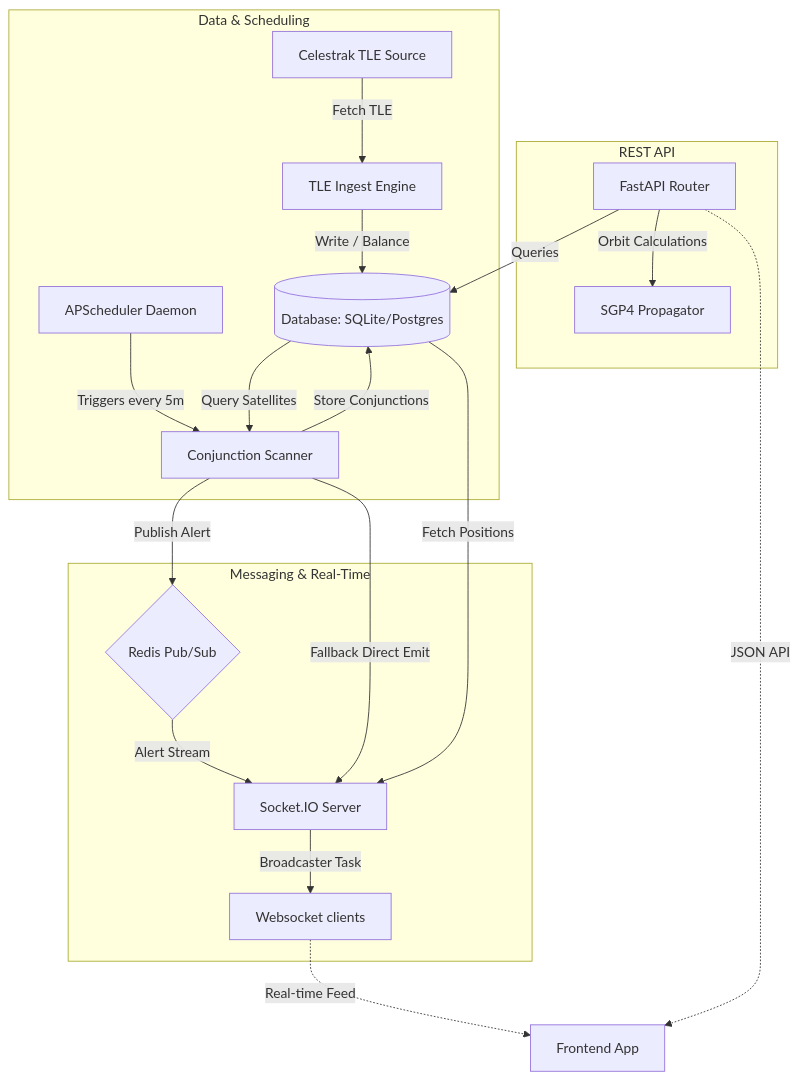
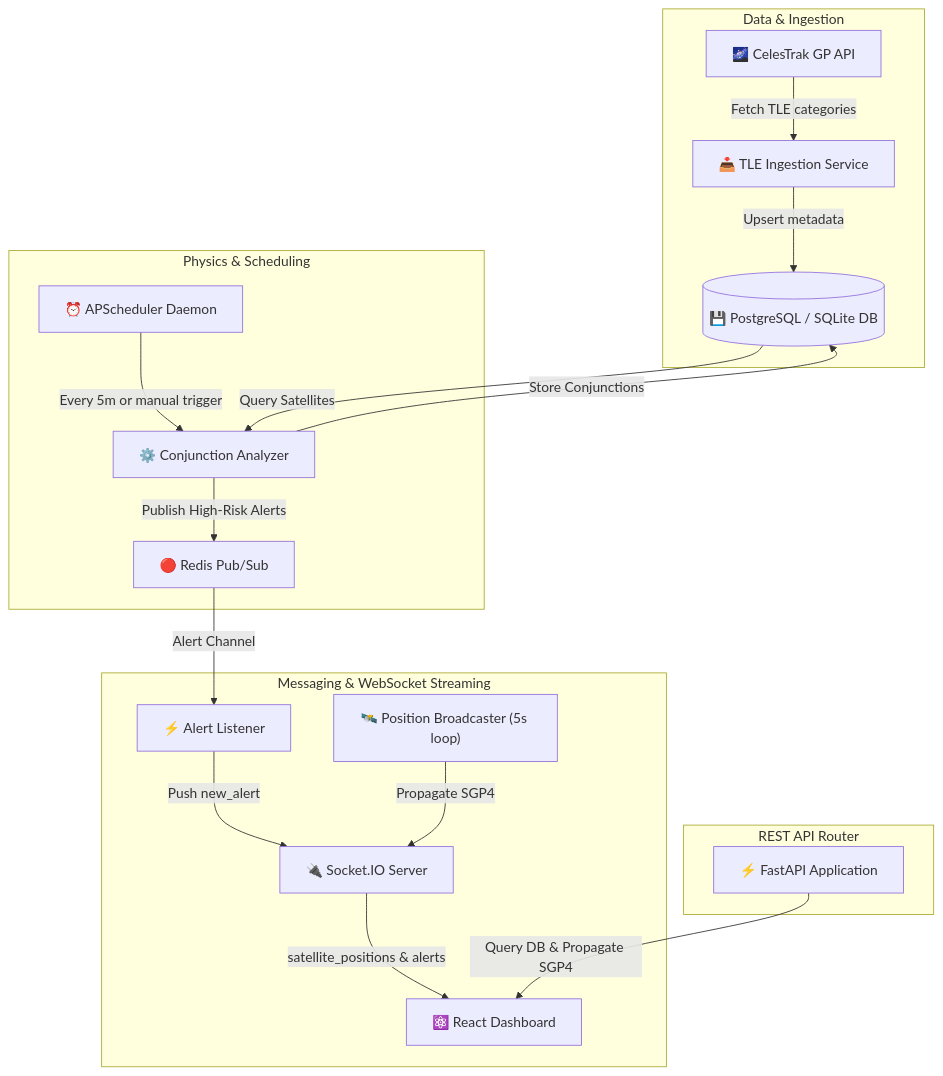
Before and after one commit to parthnarkar/OrbitalWatch: the diagram in backend/README.md, drawn with Mermaid. The commit also changed other lines of this file and 40 other files, not shown here.

Commit message:
feat: implement full-stack application architecture including API configuration, responsive mobile navigation, and base testing suite

````diff
--- a/backend/README.md
+++ b/backend/README.md
@@ -9,26 +9,25 @@
 ```mermaid
-graph TD
-    subgraph Data & Scheduling
-        C[Celestrak TLE Source] -->|Fetch TLE| I[TLE Ingest Engine]
-        I -->|Write / Balance| DB[(Database: SQLite/Postgres)]
-        S[APScheduler Daemon] -->|Triggers every 5m| CS[Conjunction Scanner]
-        DB -->|Query Satellites| CS
-        CS -->|Store Conjunctions| DB
+flowchart TB
+    subgraph Data & Ingestion
+        Celestrak["🌌 CelesTrak GP API"] -->|Fetch TLE categories| Ingest["📥 TLE Ingestion Service"]
+        Ingest -->|Upsert metadata| DB[("💾 PostgreSQL / SQLite DB")]
     end
 
-    subgraph Messaging & Real-Time
-        CS -->|Publish Alert| R{Redis Pub/Sub}
-        R -->|Alert Stream| SIO[Socket.IO Server]
-        CS -->|Fallback Direct Emit| SIO
-        DB -->|Fetch Positions| SIO
-        SIO -->|Broadcaster Task| WS[Websocket clients]
+    subgraph Physics & Scheduling
+        Scheduler["⏰ APScheduler Daemon"] -->|Every 5m or manual trigger| ConjunctionEngine["⚙️ Conjunction Analyzer"]
+        DB -->|Query Satellites| ConjunctionEngine
+        ConjunctionEngine -->|Store Conjunctions| DB
+        ConjunctionEngine -->|Publish High-Risk Alerts| Redis["🔴 Redis Pub/Sub"]
     end
 
-    subgraph REST API
-        F[FastAPI Router] -->|Queries| DB
-        F -->|Orbit Calculations| P[SGP4 Propagator]
+    subgraph Messaging & WebSocket Streaming
+        Redis -->|Alert Channel| AlertListener["⚡ Alert Listener"]
+        AlertListener -->|Push new_alert| SocketIO["🔌 Socket.IO Server"]
+        Broadcaster["🛰️ Position Broadcaster (5s loop)"] -->|Propagate SGP4| SocketIO
+        SocketIO -->|satellite_positions & alerts| Client["⚛️ React Dashboard"]
     end
 
-    WS -.->|Real-time Feed| Client[Frontend App]
-    F -.->|JSON API| Client
+    subgraph REST API Router
+        FastAPI["⚡ FastAPI Application"] -->|Query DB & Propagate SGP4| Client
+    end
 ```
````
